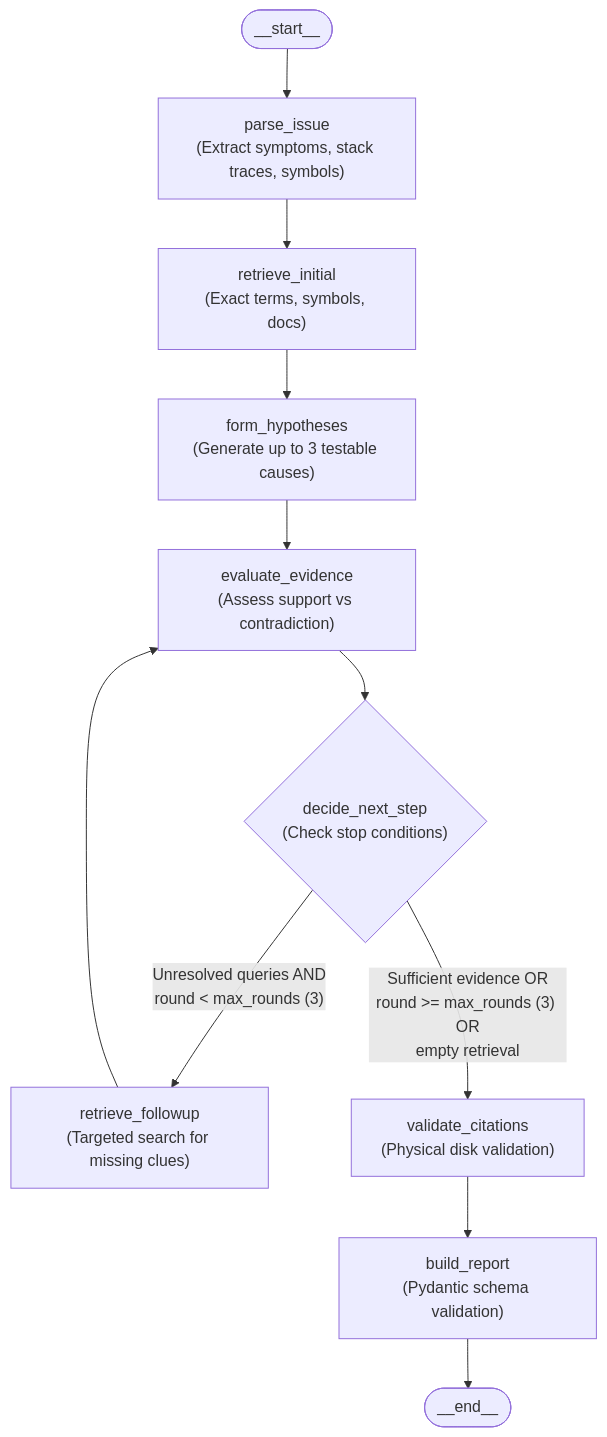
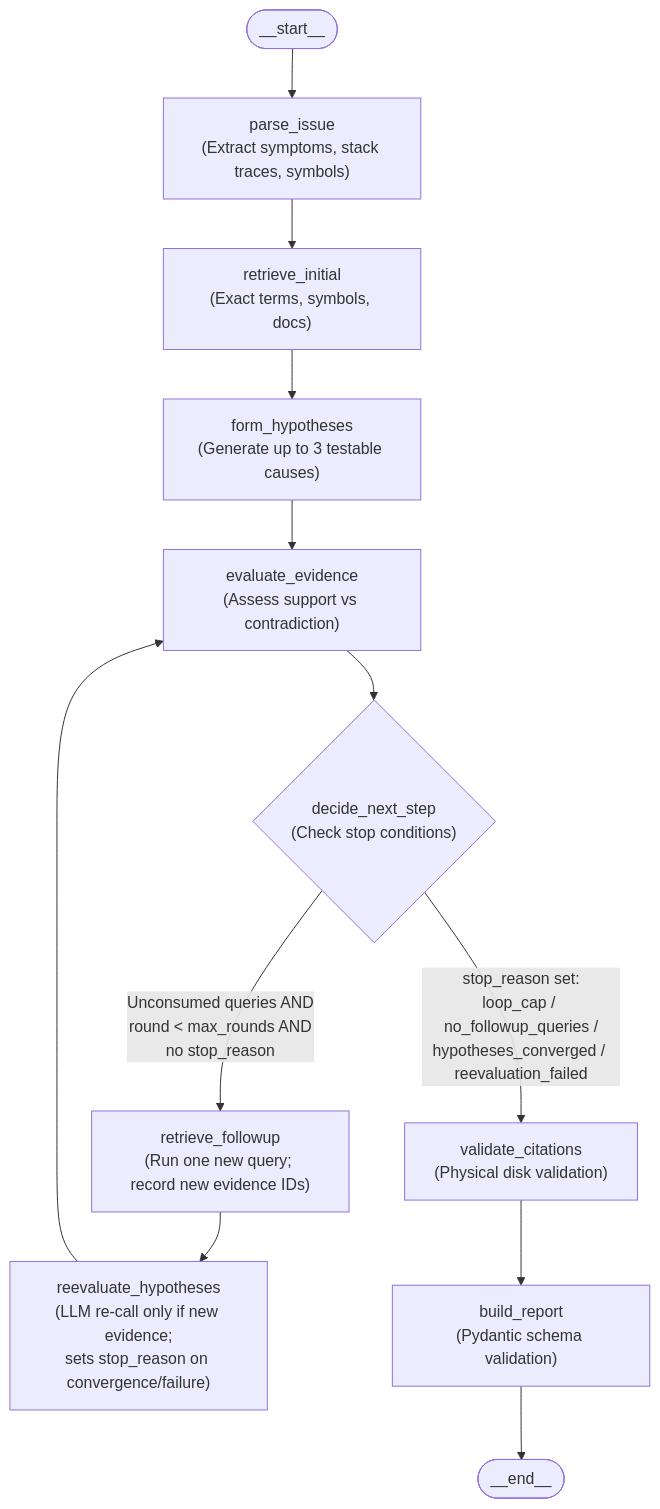
One commit to vishwaskotegar/Issuelens changed the second of 3 diagrams in docs/architecture/agent-workflow.md. Above: the diagram before and after it, drawn with Mermaid. The commit also changed other lines of this file and 5 other files, not shown here.

````diff
--- a/docs/architecture/agent-workflow.md
+++ b/docs/architecture/agent-workflow.md
@@ -76,22 +76,24 @@
 ```mermaid
 flowchart TD
     StartGraph([__start__]) --> NodeParse["parse_issue<br/>(Extract symptoms, stack traces, symbols)"]
     
     NodeParse --> NodeInitialRetrieve["retrieve_initial<br/>(Exact terms, symbols, docs)"]
     
     NodeInitialRetrieve --> NodeHypothesize["form_hypotheses<br/>(Generate up to 3 testable causes)"]
     
     NodeHypothesize --> NodeEvaluate["evaluate_evidence<br/>(Assess support vs contradiction)"]
     
     NodeEvaluate --> NodeDecide{"decide_next_step<br/>(Check stop conditions)"}
     
-    NodeDecide -- "Unresolved queries AND<br/>round &lt; max_rounds (3)" --> NodeFollowup["retrieve_followup<br/>(Targeted search for missing clues)"]
+    NodeDecide -- "Unconsumed queries AND<br/>round &lt; max_rounds AND<br/>no stop_reason" --> NodeFollowup["retrieve_followup<br/>(Run one new query; record new evidence IDs)"]
     
-    NodeFollowup --> NodeEvaluate
+    NodeFollowup --> NodeReevaluate["reevaluate_hypotheses<br/>(LLM re-call only if new evidence;<br/>sets stop_reason on convergence/failure)"]
     
-    NodeDecide -- "Sufficient evidence OR<br/>round &gt;= max_rounds (3) OR<br/>empty retrieval" --> NodeValidate["validate_citations<br/>(Physical disk validation)"]
+    NodeReevaluate --> NodeEvaluate
+    
+    NodeDecide -- "stop_reason set:<br/>loop_cap / no_followup_queries /<br/>hypotheses_converged / reevaluation_failed" --> NodeValidate["validate_citations<br/>(Physical disk validation)"]
     
     NodeValidate --> NodeBuildReport["build_report<br/>(Pydantic schema validation)"]
     
     NodeBuildReport --> EndGraph([__end__])
 ```
````
